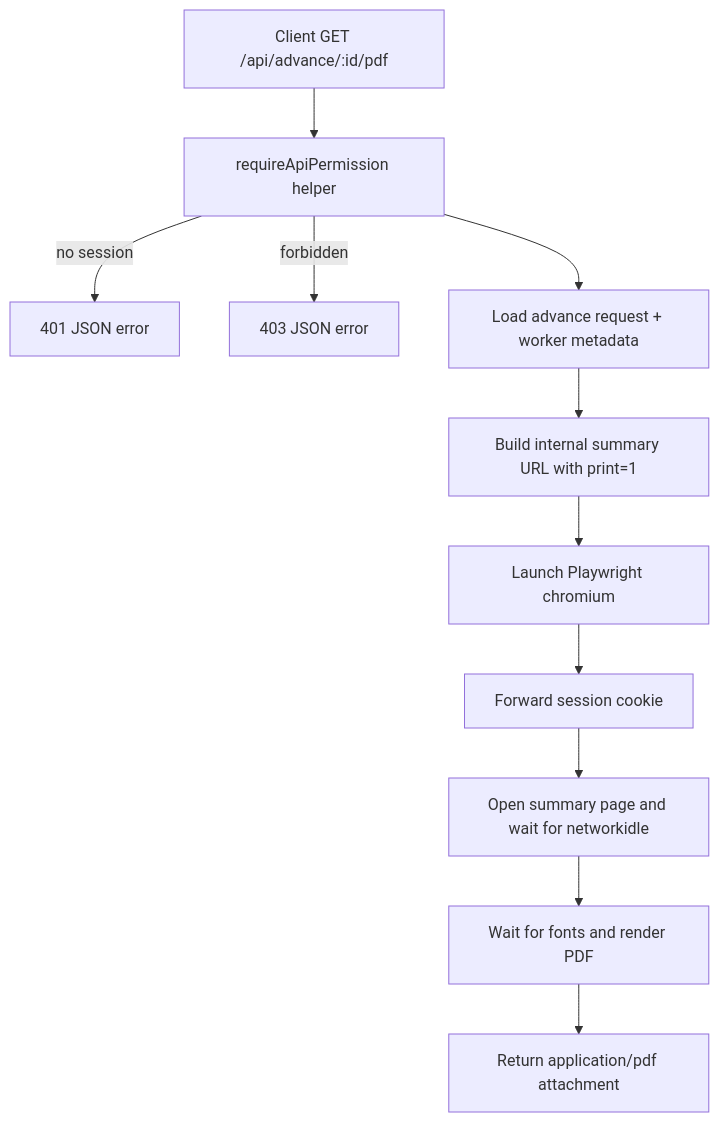
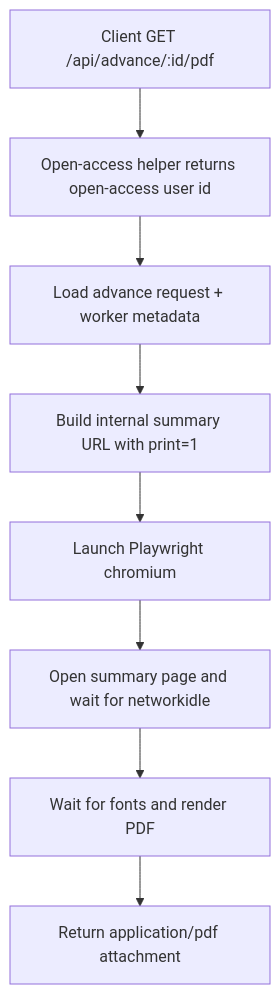
One commit to daniellim922/One-Laundry-Project-Alpha-v1 changed the first of 5 diagrams in .codex/docs/api-workflows.md. Above: the diagram before and after it, drawn with Mermaid. The commit also changed other lines of this file and 7 other files, not shown here.

````diff
--- a/.codex/docs/api-workflows.md
+++ b/.codex/docs/api-workflows.md
@@ -36,13 +31,10 @@
 ```mermaid
 flowchart TD
-    A[Client GET /api/advance/:id/pdf] --> B[requireApiPermission helper]
-    B -->|no session| C[401 JSON error]
-    B -->|forbidden| D[403 JSON error]
-    B --> E[Load advance request + worker metadata]
-    E --> F[Build internal summary URL with print=1]
-    F --> G[Launch Playwright chromium]
-    G --> H[Forward session cookie]
-    H --> I[Open summary page and wait for networkidle]
-    I --> J[Wait for fonts and render PDF]
-    J --> K[Return application/pdf attachment]
+    A[Client GET /api/advance/:id/pdf] --> B[Open-access helper returns open-access user id]
+    B --> C[Load advance request + worker metadata]
+    C --> D[Build internal summary URL with print=1]
+    D --> E[Launch Playwright chromium]
+    E --> F[Open summary page and wait for networkidle]
+    F --> G[Wait for fonts and render PDF]
+    G --> H[Return application/pdf attachment]
 ```
````
